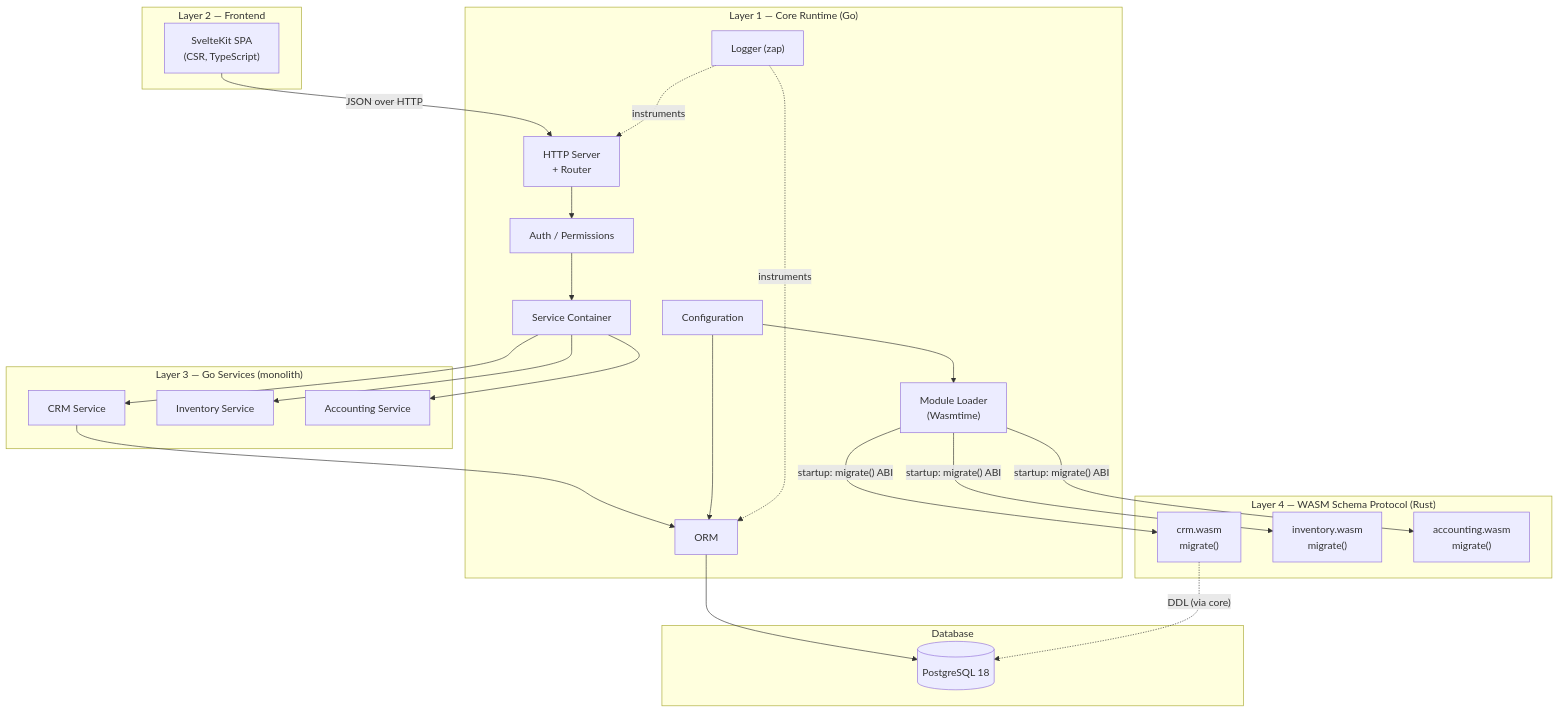
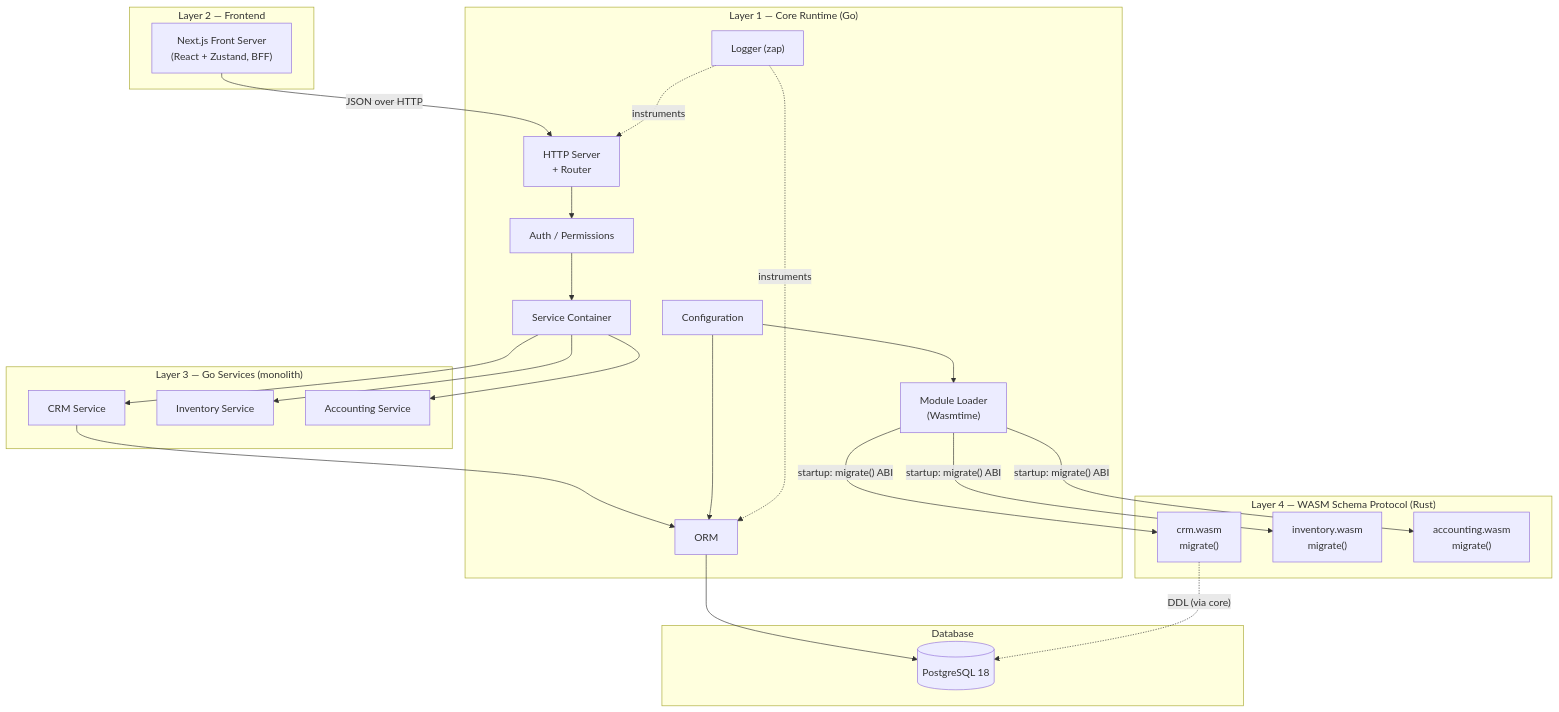
One commit to noiia/EERP-Documentation-Wiki changed the first of 6 diagrams in docs/architecture/index.md. Above: the diagram before and after it, drawn with Mermaid. The commit also changed other lines of this file and 18 other files, not shown here.

````diff
--- a/docs/architecture/index.md
+++ b/docs/architecture/index.md
@@ -24,49 +24,49 @@
 ```mermaid
 graph TB
     subgraph "Layer 2 — Frontend"
-        FE["SvelteKit SPA<br/>(CSR, TypeScript)"]
+        FE["Next.js Front Server<br/>(React + Zustand, BFF)"]
     end
 
     subgraph "Layer 1 — Core Runtime (Go)"
         HTTP["HTTP Server<br/>+ Router"]
         AUTH["Auth / Permissions"]
         DI["Service Container"]
         ORM["ORM"]
         ML["Module Loader<br/>(Wasmtime)"]
         CONFIG["Configuration"]
         LOG["Logger (zap)"]
     end
 
     subgraph "Layer 3 — Go Services (monolith)"
         CRM_S["CRM Service"]
         INV_S["Inventory Service"]
         ACC_S["Accounting Service"]
     end
 
     subgraph "Layer 4 — WASM Schema Protocol (Rust)"
         CRM_W["crm.wasm<br/>migrate()"]
         INV_W["inventory.wasm<br/>migrate()"]
         ACC_W["accounting.wasm<br/>migrate()"]
     end
 
     subgraph "Database"
         PG[("PostgreSQL 18")]
     end
 
     FE -->|JSON over HTTP| HTTP
     HTTP --> AUTH
     AUTH --> DI
     DI --> CRM_S
     DI --> INV_S
     DI --> ACC_S
     CRM_S --> ORM
     ORM --> PG
     ML -->|"startup: migrate() ABI"| CRM_W
     ML -->|"startup: migrate() ABI"| INV_W
     ML -->|"startup: migrate() ABI"| ACC_W
     CRM_W -.->|"DDL (via core)"| PG
     CONFIG --> ML
     CONFIG --> ORM
     LOG -.->|instruments| HTTP
     LOG -.->|instruments| ORM
 ```
````
